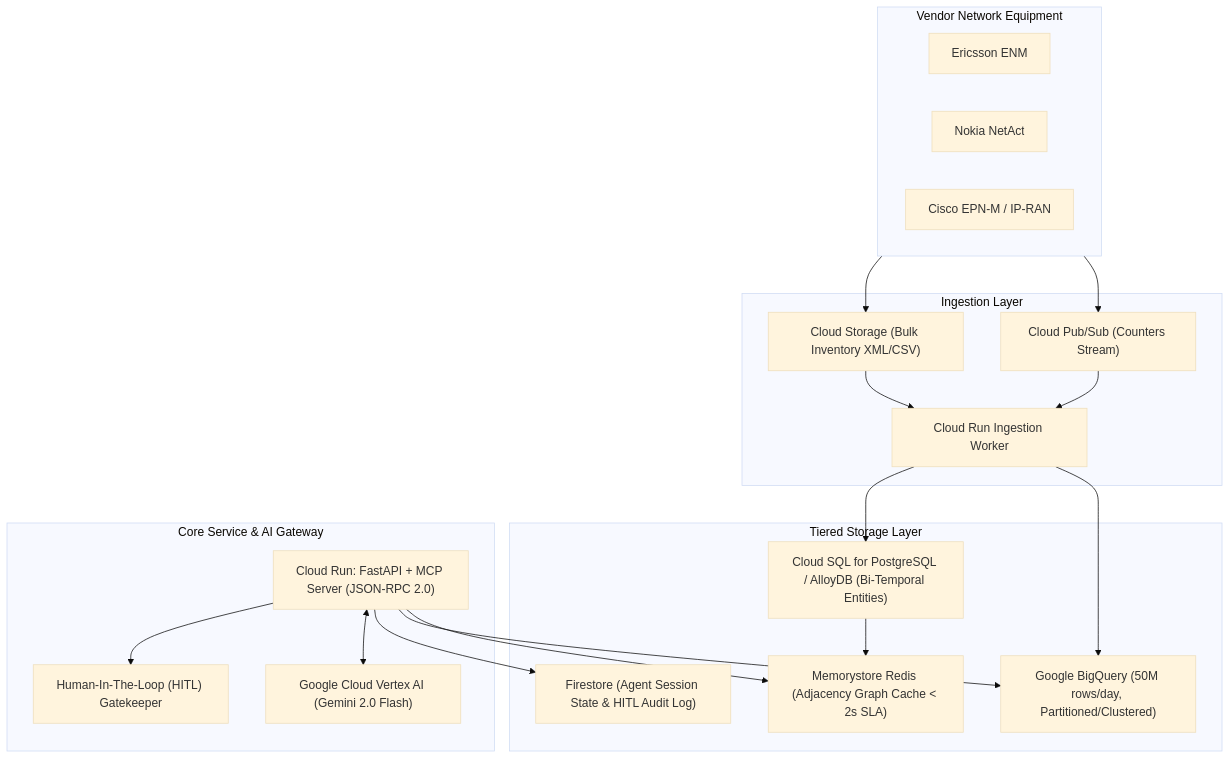
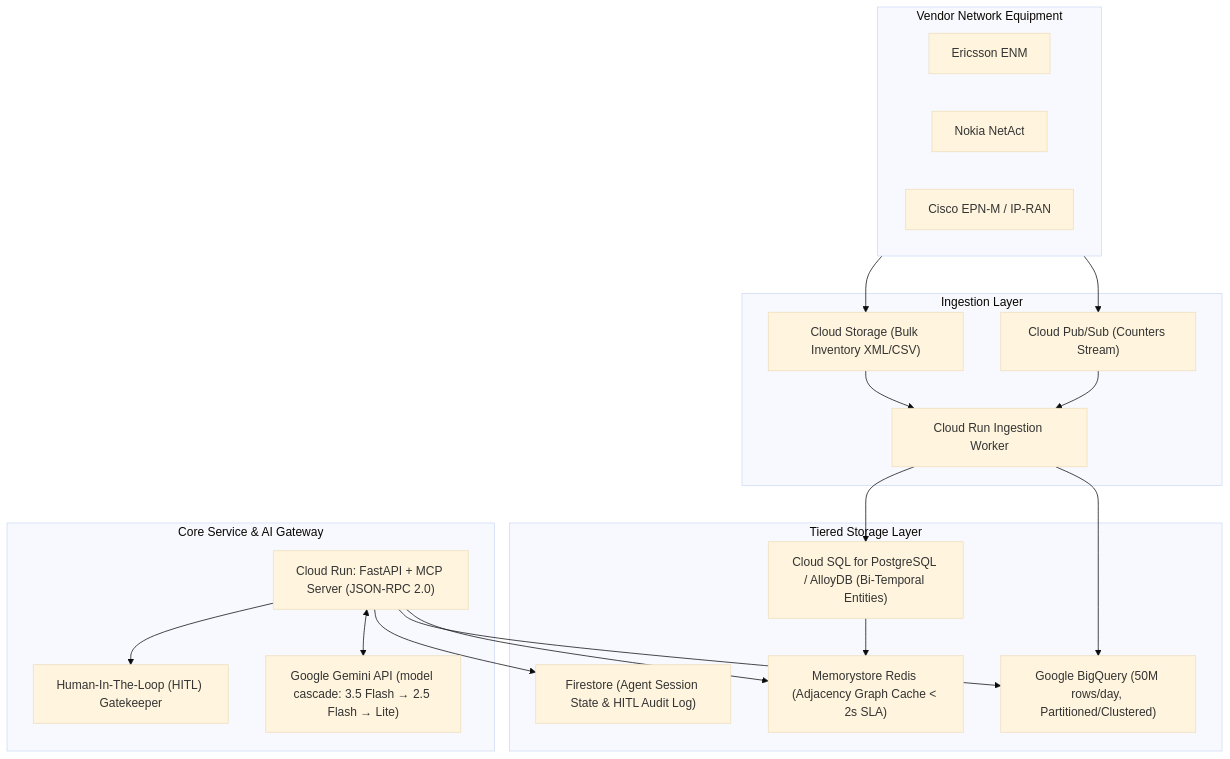
The second of 2 diagrams in README.md (Thanveerahamed-14/nw_intelligence), drawn with Mermaid (base theme) before and after one commit. The commit also changed other lines of this file and 39 other files, not shown here.

````diff
--- a/README.md
+++ b/README.md
@@ -73,36 +125,36 @@
 ```mermaid
 flowchart TD
     subgraph Sources["Vendor Network Equipment"]
         E["Ericsson ENM"]
         N["Nokia NetAct"]
         C["Cisco EPN-M / IP-RAN"]
     end
 
     subgraph Ingestion["Ingestion Layer"]
         PubSub["Cloud Pub/Sub (Counters Stream)"]
         GCS["Cloud Storage (Bulk Inventory XML/CSV)"]
         CR_Worker["Cloud Run Ingestion Worker"]
     end
 
     subgraph Storage["Tiered Storage Layer"]
         BQ["Google BigQuery (50M rows/day, Partitioned/Clustered)"]
         CloudSQL["Cloud SQL for PostgreSQL / AlloyDB (Bi-Temporal Entities)"]
         Redis["Memorystore Redis (Adjacency Graph Cache < 2s SLA)"]
         Firestore["Firestore (Agent Session State & HITL Audit Log)"]
     end
 
     subgraph Application["Core Service & AI Gateway"]
         API["Cloud Run: FastAPI + MCP Server (JSON-RPC 2.0)"]
-        Vertex["Google Cloud Vertex AI (Gemini 2.0 Flash)"]
+        Vertex["Google Gemini API (model cascade: 3.5 Flash → 2.5 Flash → Lite)"]
         HITL["Human-In-The-Loop (HITL) Gatekeeper"]
     end
 
     Sources --> PubSub & GCS
     PubSub & GCS --> CR_Worker
     CR_Worker --> BQ & CloudSQL
     CloudSQL --> Redis
     
     API --> Redis & BQ & Firestore
     API <--> Vertex
     API --> HITL
 ```
````
